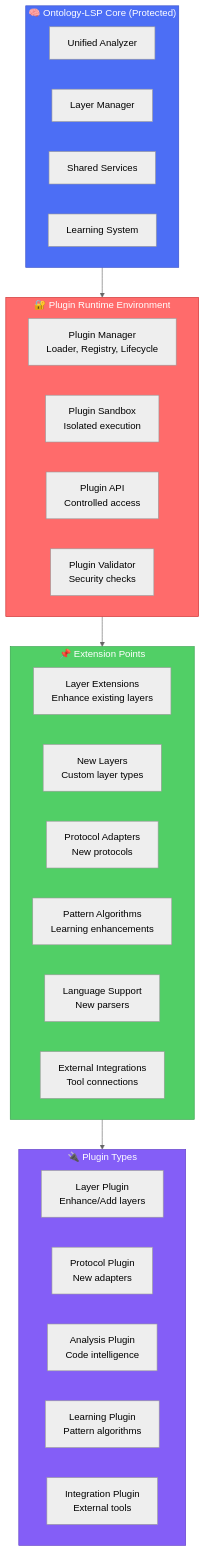
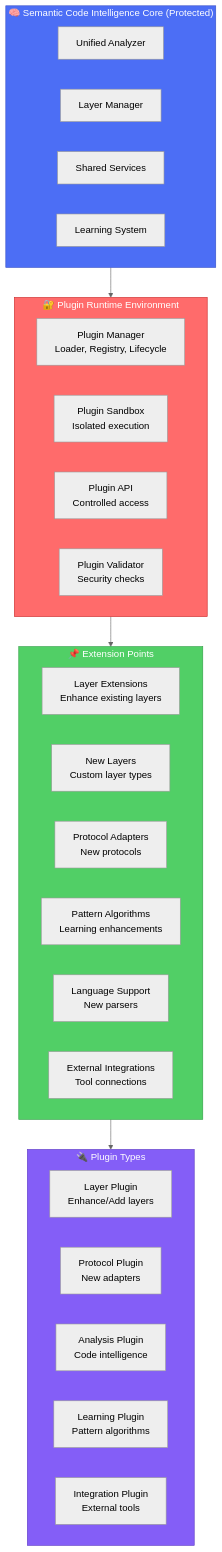
Before and after one commit to tryingET/semantic-code-intelligence: the diagram in docs/PLUGIN_ARCHITECTURE.md, drawn with Mermaid (neutral theme). The commit also changed other lines of this file and 137 other files, not shown here.

Commit message:
chore: remove legacy ontology lsp identity

````diff
--- a/docs/PLUGIN_ARCHITECTURE.md
+++ b/docs/PLUGIN_ARCHITECTURE.md
@@ -37,47 +37,47 @@
 ```mermaid
 graph TB
-  subgraph CORE["🧠 Ontology-LSP Core (Protected)"]
+  subgraph CORE["🧠 Semantic Code Intelligence Core (Protected)"]
     UA["Unified Analyzer"]
     LM["Layer Manager"] 
     SS["Shared Services"]
     LS["Learning System"]
   end
 
   subgraph PLUGIN_RUNTIME["🔐 Plugin Runtime Environment"]
     PM["Plugin Manager<br/>Loader, Registry, Lifecycle"]
     PS["Plugin Sandbox<br/>Isolated execution"]
     PA["Plugin API<br/>Controlled access"]
     PV["Plugin Validator<br/>Security checks"]
   end
 
   subgraph EXTENSION_POINTS["📌 Extension Points"]
     EP1["Layer Extensions<br/>Enhance existing layers"]
     EP2["New Layers<br/>Custom layer types"]
     EP3["Protocol Adapters<br/>New protocols"]
     EP4["Pattern Algorithms<br/>Learning enhancements"]
     EP5["Language Support<br/>New parsers"]
     EP6["External Integrations<br/>Tool connections"]
   end
 
   subgraph PLUGINS["🔌 Plugin Types"]
     LAYER_PLUGIN["Layer Plugin<br/>Enhance/Add layers"]
     PROTOCOL_PLUGIN["Protocol Plugin<br/>New adapters"]
     ANALYSIS_PLUGIN["Analysis Plugin<br/>Code intelligence"]
     LEARNING_PLUGIN["Learning Plugin<br/>Pattern algorithms"]
     INTEGRATION_PLUGIN["Integration Plugin<br/>External tools"]
   end
 
   CORE --> PLUGIN_RUNTIME
   PLUGIN_RUNTIME --> EXTENSION_POINTS
   EXTENSION_POINTS --> PLUGINS
 
   classDef core fill:#4c6ef5,stroke:#364fc7,color:#fff
   classDef runtime fill:#ff6b6b,stroke:#c92a2a,color:#fff
   classDef extension fill:#51cf66,stroke:#2f9e44,color:#fff
   classDef plugin fill:#845ef7,stroke:#5f3dc4,color:#fff
 
   class CORE core
   class PLUGIN_RUNTIME runtime
   class EXTENSION_POINTS extension
   class PLUGINS plugin
 ```
````
